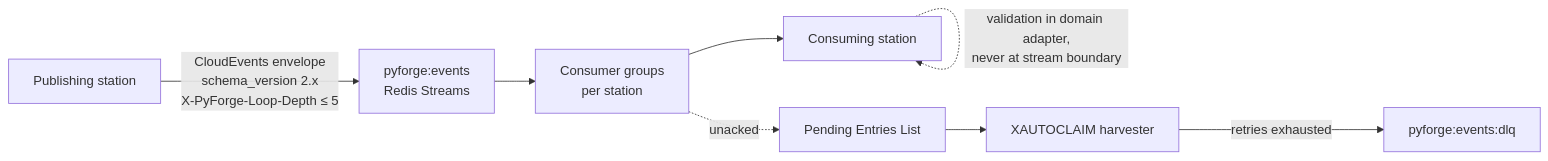
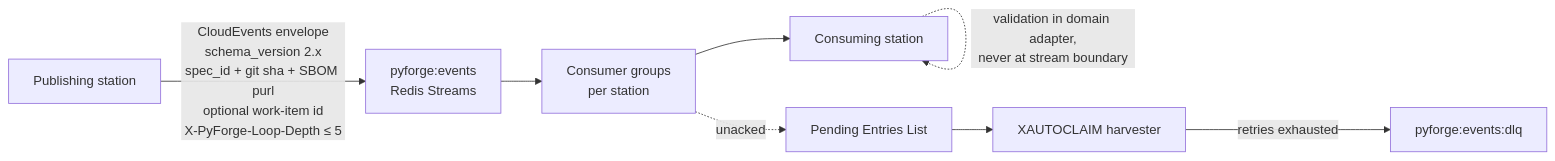
One commit to rxm7706/local-recipes changed the fourth of 5 diagrams in _bmad-output/projects/pyforge-steward/planning-artifacts/specs/spec-pyforge-unifying-strategy/architecture-diagrams.md. Above: the diagram before and after it, drawn with Mermaid. The commit also changed other lines of this file and 53 other files, not shown here.

````diff
--- a/_bmad-output/projects/pyforge-steward/planning-artifacts/specs/spec-pyforge-unifying-strategy/architecture-diagrams.md
+++ b/_bmad-output/projects/pyforge-steward/planning-artifacts/specs/spec-pyforge-unifying-strategy/architecture-diagrams.md
@@ -139,17 +140,17 @@
 ```mermaid
 graph LR
     Pub["Publishing station"]
     Stream["pyforge:events<br/>Redis Streams"]
     CG["Consumer groups<br/>per station"]
     PEL["Pending Entries List"]
     Claim["XAUTOCLAIM harvester"]
     DLQ["pyforge:events:dlq"]
     Sub["Consuming station"]
 
-    Pub -->|"CloudEvents envelope<br/>schema_version 2.x<br/>X-PyForge-Loop-Depth ≤ 5"| Stream
+    Pub -->|"CloudEvents envelope<br/>schema_version 2.x<br/>spec_id + git sha + SBOM purl<br/>optional work-item id<br/>X-PyForge-Loop-Depth ≤ 5"| Stream
     Stream --> CG --> Sub
     CG -.->|unacked| PEL
     PEL --> Claim
     Claim -->|"retries exhausted"| DLQ
     Sub -.->|"validation in domain adapter,<br/>never at stream boundary"| Sub
 ```
````
